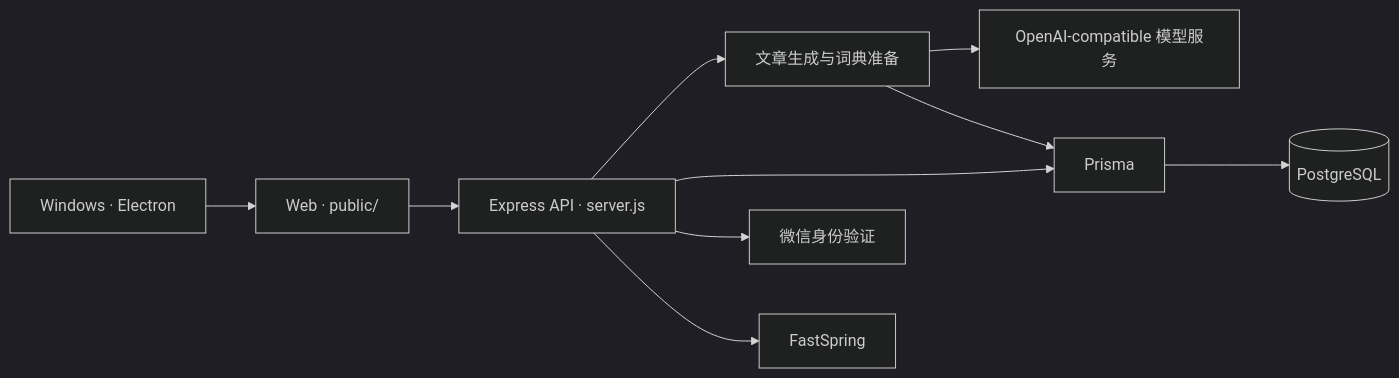
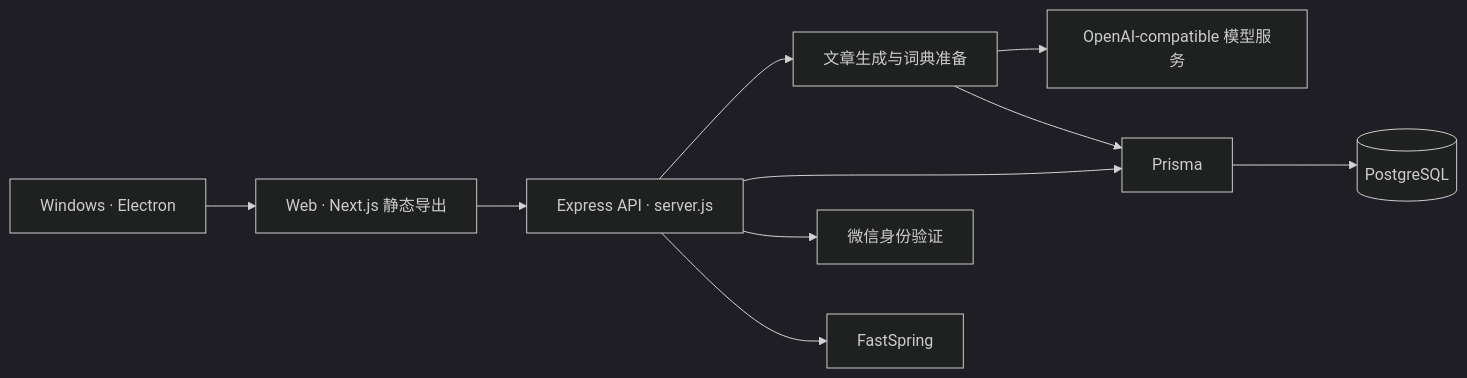
The diagram in README.md (YanYihann/Texta), drawn with Mermaid (dark theme) before and after one commit. The commit also changed other lines of this file and 65 other files, not shown here.

````diff
--- a/README.md
+++ b/README.md
@@ -101,12 +101,12 @@
 ```mermaid
 flowchart LR
-  Web["Web · public/"] --> API["Express API · server.js"]
+  Web["Web · Next.js 静态导出"] --> API["Express API · server.js"]
   Desktop["Windows · Electron"] --> Web
   API --> Gen["文章生成与词典准备"]
   Gen --> Model["OpenAI-compatible 模型服务"]
   API --> ORM["Prisma"]
   Gen --> ORM
   ORM --> DB[(PostgreSQL)]
   API --> Auth["微信身份验证"]
   API --> Pay["FastSpring"]
 ```
````
